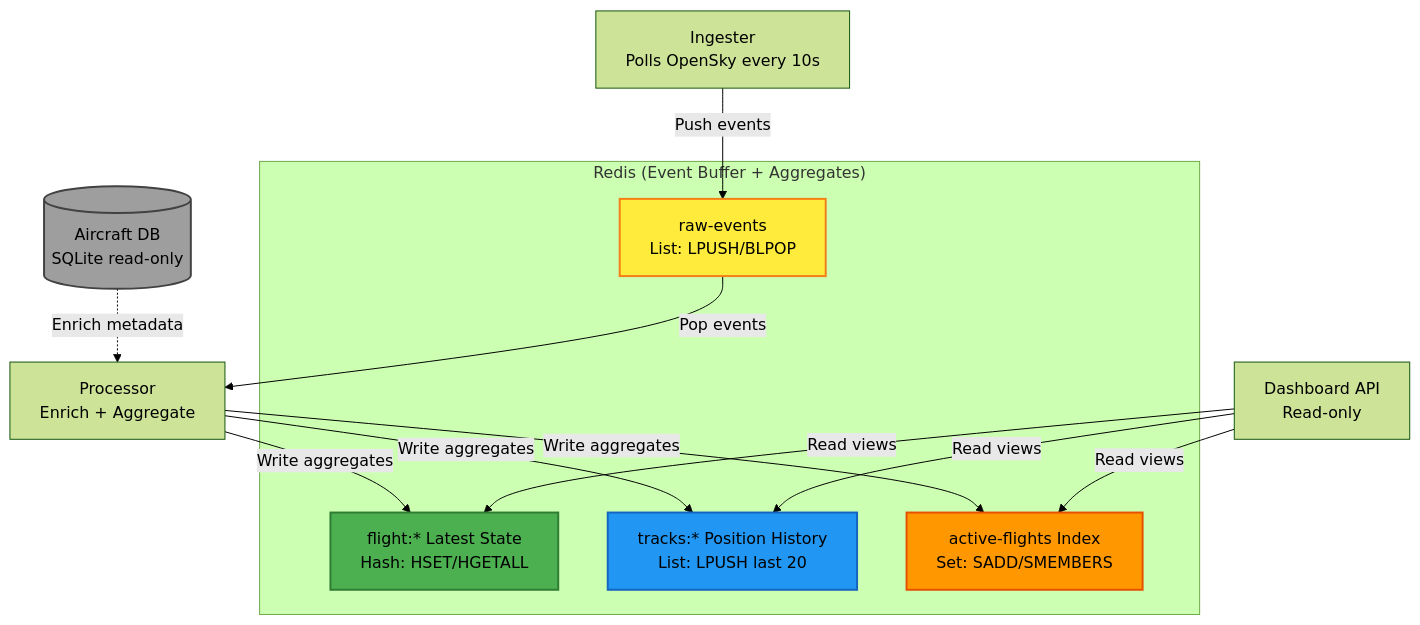
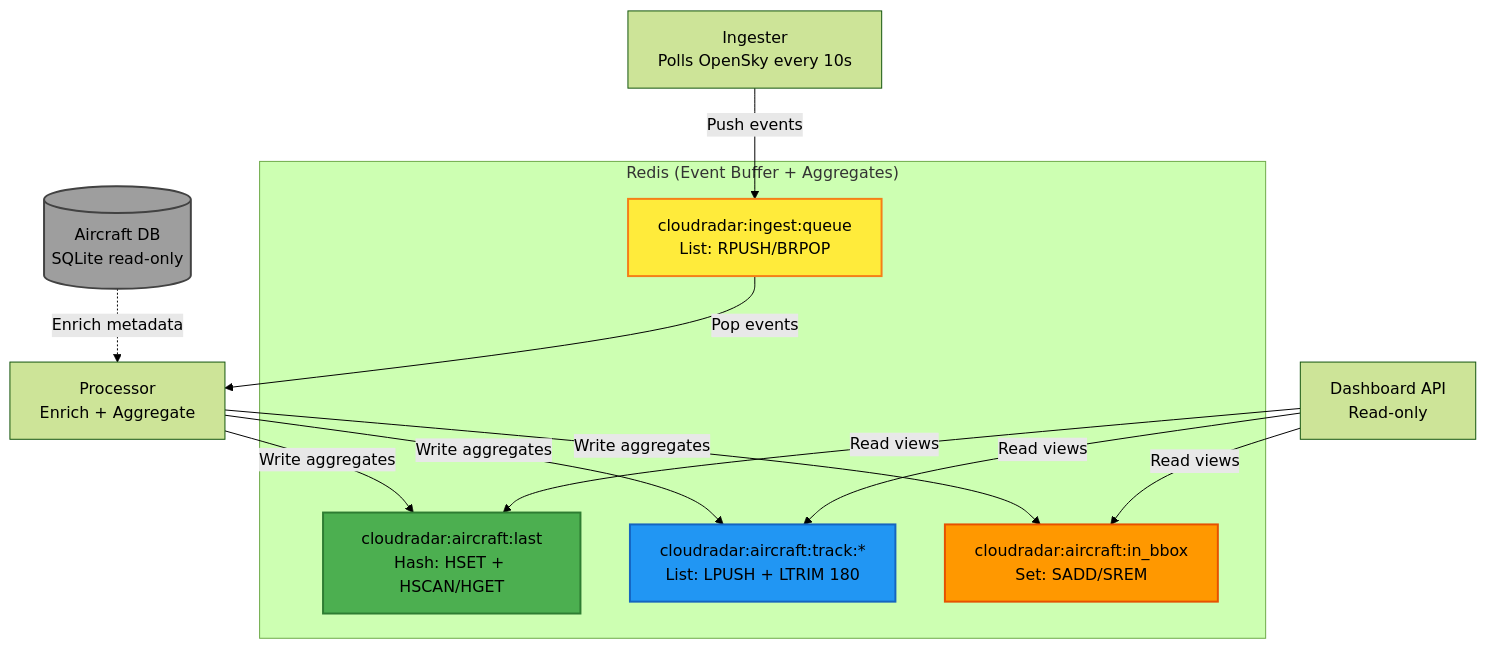
One commit to ClementV78/CloudRadar changed the sixth of 10 diagrams in docs/architecture/technical-architecture-summary.md. Above: the diagram before and after it, drawn with Mermaid (forest theme). The commit also changed other lines of this file and 1 other file, not shown here.

First line of the commit message:
docs(architecture): align technical architecture docs

````diff
--- a/docs/architecture/technical-architecture-summary.md
+++ b/docs/architecture/technical-architecture-summary.md
@@ -265,27 +279,31 @@
 ```mermaid
 graph TB
     ING[Ingester<br/>Polls OpenSky every 10s]
-    
+
     subgraph Redis["Redis (Event Buffer + Aggregates)"]
-        QUEUE[raw-events<br/>List: LPUSH/BLPOP]
-        LATEST[flight:* Latest State<br/>Hash: HSET/HGETALL]
-        TRACKS[tracks:* Position History<br/>List: LPUSH last 20]
-        INDEX[active-flights Index<br/>Set: SADD/SMEMBERS]
+        QUEUE[cloudradar:ingest:queue<br/>List: RPUSH/BRPOP]
+        LATEST[cloudradar:aircraft:last<br/>Hash: HSET + HSCAN/HGET]
+        TRACKS[cloudradar:aircraft:track:*<br/>List: LPUSH + LTRIM 180]
+        INDEX[cloudradar:aircraft:in_bbox<br/>Set: SADD/SREM]
     end
     
     PROC[Processor<br/>Enrich + Aggregate]
     SQLITE[(Aircraft DB<br/>SQLite read-only)]
     DASH[Dashboard API<br/>Read-only]
     
     ING -->|Push events| QUEUE
     QUEUE -->|Pop events| PROC
     SQLITE -.->|Enrich metadata| PROC
-    PROC -->|Write aggregates| LATEST & TRACKS & INDEX
-    DASH -->|Read views| LATEST & TRACKS & INDEX
+    PROC -->|Write aggregates| LATEST
+    PROC -->|Write aggregates| TRACKS
+    PROC -->|Write aggregates| INDEX
+    DASH -->|Read views| LATEST
+    DASH -->|Read views| TRACKS
+    DASH -->|Read views| INDEX
     
     style QUEUE fill:#ffeb3b,stroke:#f57f17,stroke-width:2px
     style LATEST fill:#4caf50,stroke:#2e7d32,stroke-width:2px
     style TRACKS fill:#2196f3,stroke:#1565c0,stroke-width:2px
     style INDEX fill:#ff9800,stroke:#e65100,stroke-width:2px
     style SQLITE fill:#9e9e9e,stroke:#424242,stroke-width:2px
 ```
````
